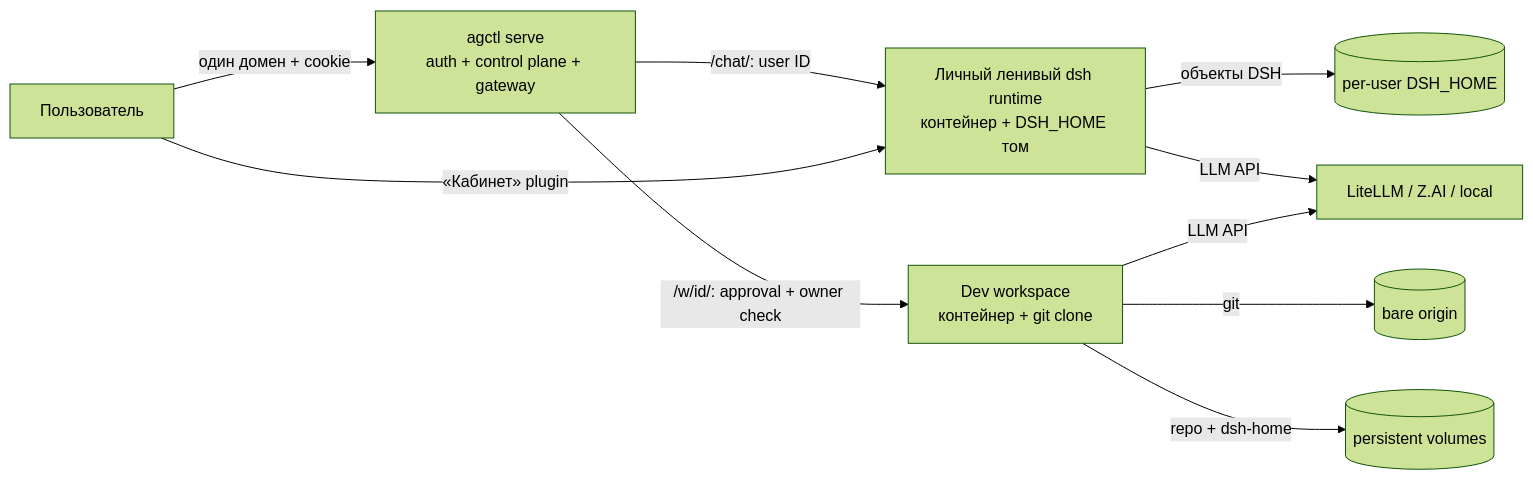
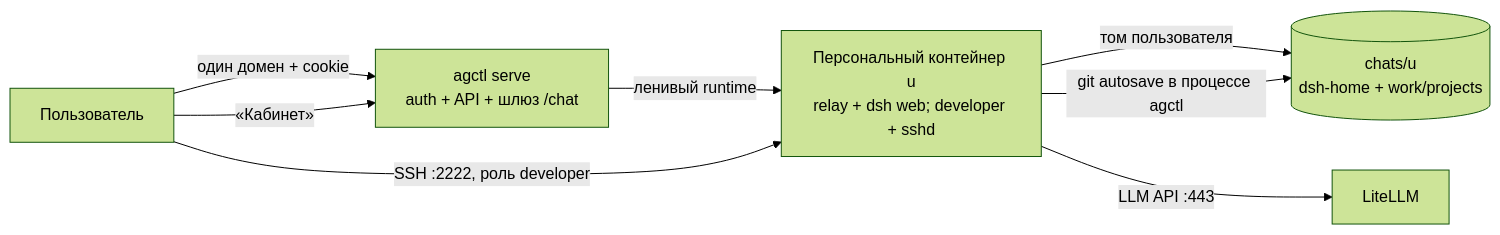
Before and after one commit to arijjia/agctl: the diagram in README.md, drawn with Mermaid (forest theme). The commit also changed other lines of this file and 4 other files, not shown here.

````diff
--- a/README.md
+++ b/README.md
@@ -17,12 +20,10 @@
 ```mermaid
 flowchart LR
-    U[Пользователь] -->|один домен + cookie| B["agctl serve<br/>auth + control plane + gateway"]
-    B -->|/chat/: user ID| T["Личный ленивый dsh runtime<br/>контейнер + DSH_HOME том"]
-    B -->|/w/id/: approval + owner check| D["Dev workspace<br/>контейнер + git clone"]
-    D -->|git| R[("bare origin")]
-    T -->|объекты DSH| S[("per-user DSH_HOME")]
-    D -->|repo + dsh-home| V[("persistent volumes")]
-    T -->|LLM API| L[LiteLLM / Z.AI / local]
-    D -->|LLM API| L
-    U -->|«Кабинет» plugin| T
+    U[Пользователь] -->|один домен + cookie| B["agctl serve<br/>auth + API + шлюз /chat"]
+    B -->|ленивый runtime| T["Персональный контейнер u<ID><br/>relay + dsh web; developer + sshd"]
+    T -->|том пользователя| V[("chats/u<ID><br/>dsh-home + work/projects")]
+    T -->|git autosave в процессе agctl| V
+    T -->|LLM API :443| L[LiteLLM]
+    U -->|«Кабинет»| B
+    U -->|SSH :2222, роль developer| T
 ```
````
